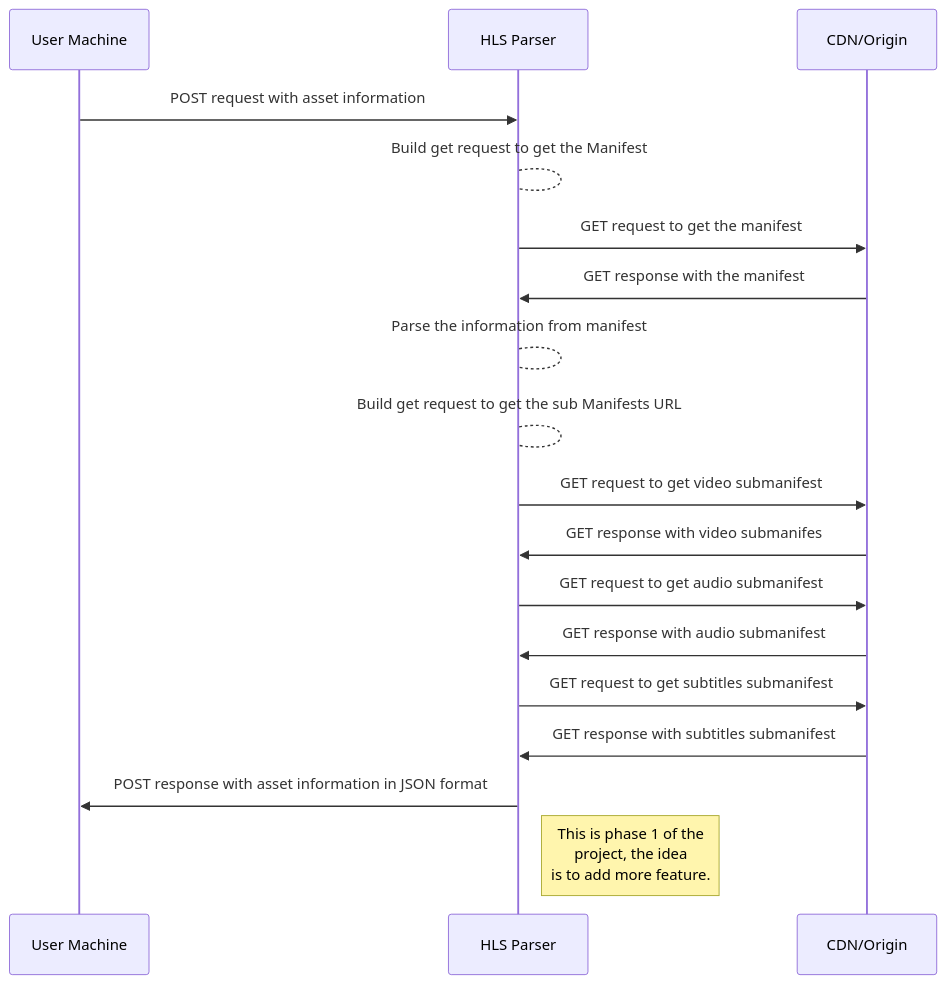
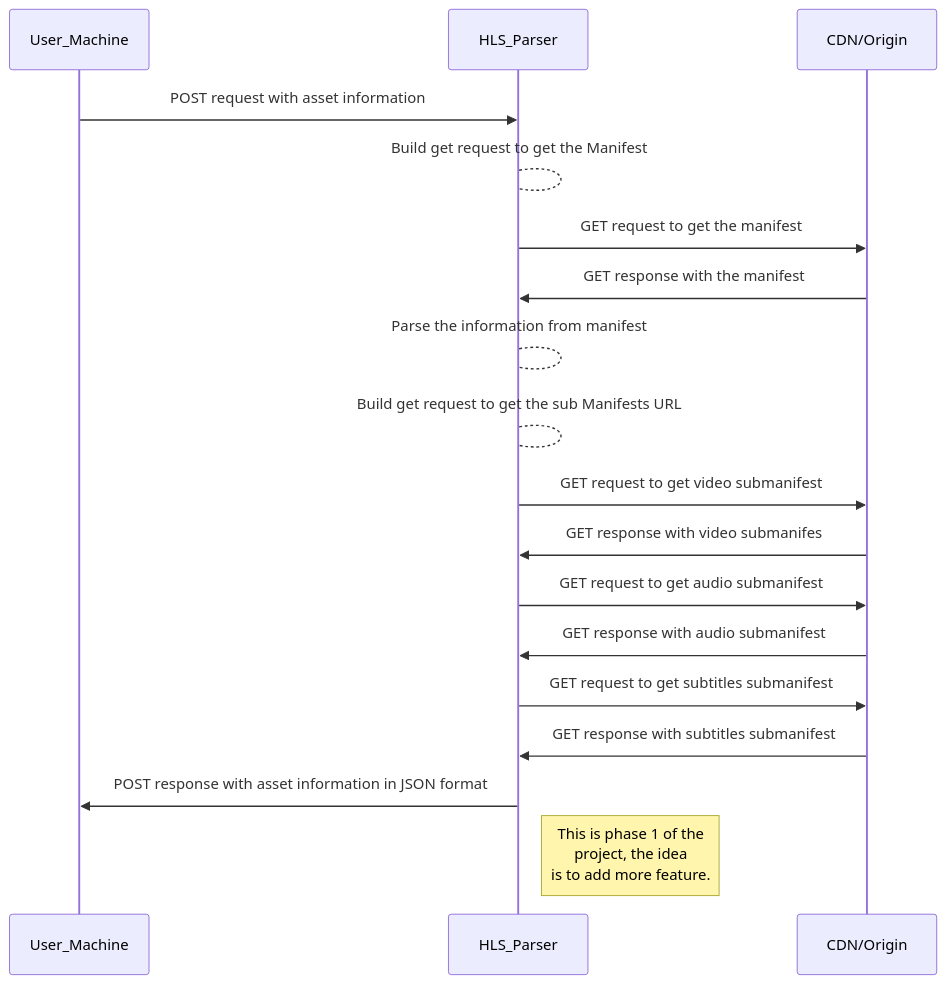
The diagram in README.md (gioipez/ABRMonitoring), drawn with Mermaid before and after one commit.

Commit message:
Phase 1 workflow added

````diff
--- a/README.md
+++ b/README.md
@@ -12,17 +12,17 @@
 ```mermaid
 sequenceDiagram
-User Machine ->> HLS Parser: POST request with asset information
-HLS Parser --> HLS Parser: Build get request to get the Manifest
-HLS Parser ->> CDN/Origin: GET request to get the manifest
-CDN/Origin ->> HLS Parser: GET response with the manifest
-HLS Parser --> HLS Parser: Parse the information from manifest
-HLS Parser --> HLS Parser: Build get request to get the sub Manifests URL
-HLS Parser ->> CDN/Origin: GET request to get video submanifest
-CDN/Origin ->> HLS Parser: GET response with video submanifes
-HLS Parser ->> CDN/Origin: GET request to get audio submanifest
-CDN/Origin ->> HLS Parser: GET response with audio submanifest
-HLS Parser ->> CDN/Origin: GET request to get subtitles submanifest
-CDN/Origin ->> HLS Parser: GET response with subtitles submanifest
-HLS Parser ->> User Machine: POST response with asset information in JSON format
-Note right of HLS Parser: This is phase 1 of the<br> project, the idea <br> is to add more feature.
+User_Machine ->> HLS_Parser: POST request with asset information
+HLS_Parser --> HLS_Parser: Build get request to get the Manifest
+HLS_Parser ->> CDN/Origin: GET request to get the manifest
+CDN/Origin ->> HLS_Parser: GET response with the manifest
+HLS_Parser --> HLS_Parser: Parse the information from manifest
+HLS_Parser --> HLS_Parser: Build get request to get the sub Manifests URL
+HLS_Parser ->> CDN/Origin: GET request to get video submanifest
+CDN/Origin ->> HLS_Parser: GET response with video submanifes
+HLS_Parser ->> CDN/Origin: GET request to get audio submanifest
+CDN/Origin ->> HLS_Parser: GET response with audio submanifest
+HLS_Parser ->> CDN/Origin: GET request to get subtitles submanifest
+CDN/Origin ->> HLS_Parser: GET response with subtitles submanifest
+HLS_Parser ->> User_Machine: POST response with asset information in JSON format
+Note right of HLS_Parser: This is phase 1 of the<br> project, the idea <br> is to add more feature.
 ```
````
